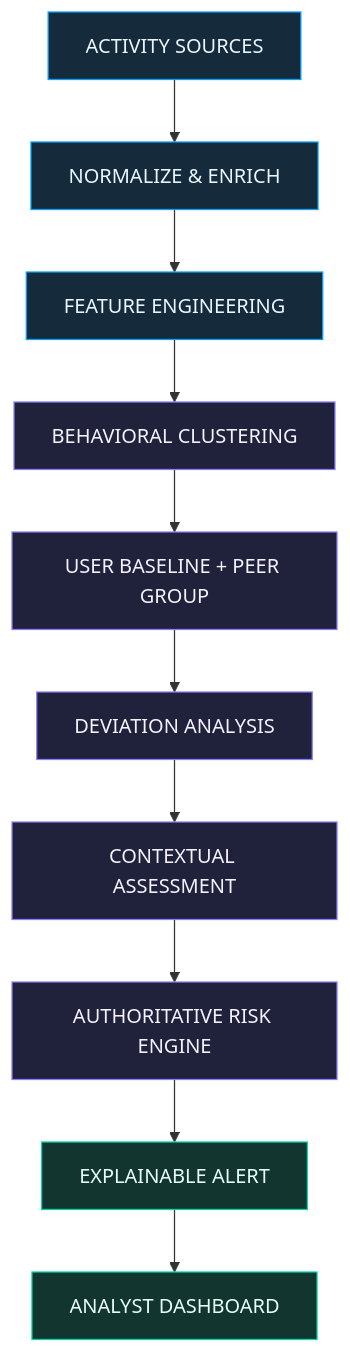
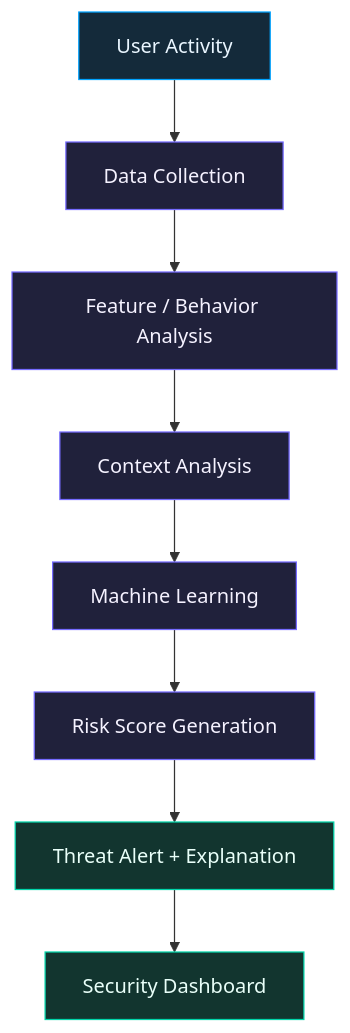
The diagram in README.md (ayush2048kr/ARGUS), drawn with Mermaid before and after one commit. The commit also changed other lines of this file, not shown here.

````diff
--- a/README.md
+++ b/README.md
@@ -67,19 +114,17 @@
 ```mermaid
 flowchart TD
-    A["ACTIVITY SOURCES"] --> B["NORMALIZE & ENRICH"]
-    B --> C["FEATURE ENGINEERING"]
-    C --> D["BEHAVIORAL CLUSTERING"]
-    D --> E["USER BASELINE + PEER GROUP"]
-    E --> F["DEVIATION ANALYSIS"]
-    F --> G["CONTEXTUAL ASSESSMENT"]
-    G --> H["AUTHORITATIVE RISK ENGINE"]
-    H --> I["EXPLAINABLE ALERT"]
-    I --> J["ANALYST DASHBOARD"]
+    A["User Activity"] --> B["Data Collection"]
+    B --> C["Feature / Behavior Analysis"]
+    C --> D["Context Analysis"]
+    D --> E["Machine Learning"]
+    E --> F["Risk Score Generation"]
+    F --> G["Threat Alert + Explanation"]
+    G --> H["Security Dashboard"]
 
-    classDef source fill:#152A3A,stroke:#00A3FF,color:#EAF6FF
-    classDef core fill:#20213B,stroke:#8B7CFF,color:#F5F2FF
-    classDef output fill:#12352F,stroke:#00D4AA,color:#E9FFF9
-    class A,B,C source
-    class D,E,F,G,H core
-    class I,J output
+    classDef start fill:#142A3A,stroke:#00A3FF,color:#EAF6FF
+    classDef process fill:#20213B,stroke:#756BFF,color:#F5F2FF
+    classDef finish fill:#12352F,stroke:#00D4AA,color:#E9FFF9
+    class A start
+    class B,C,D,E,F process
+    class G,H finish
 ```
````
